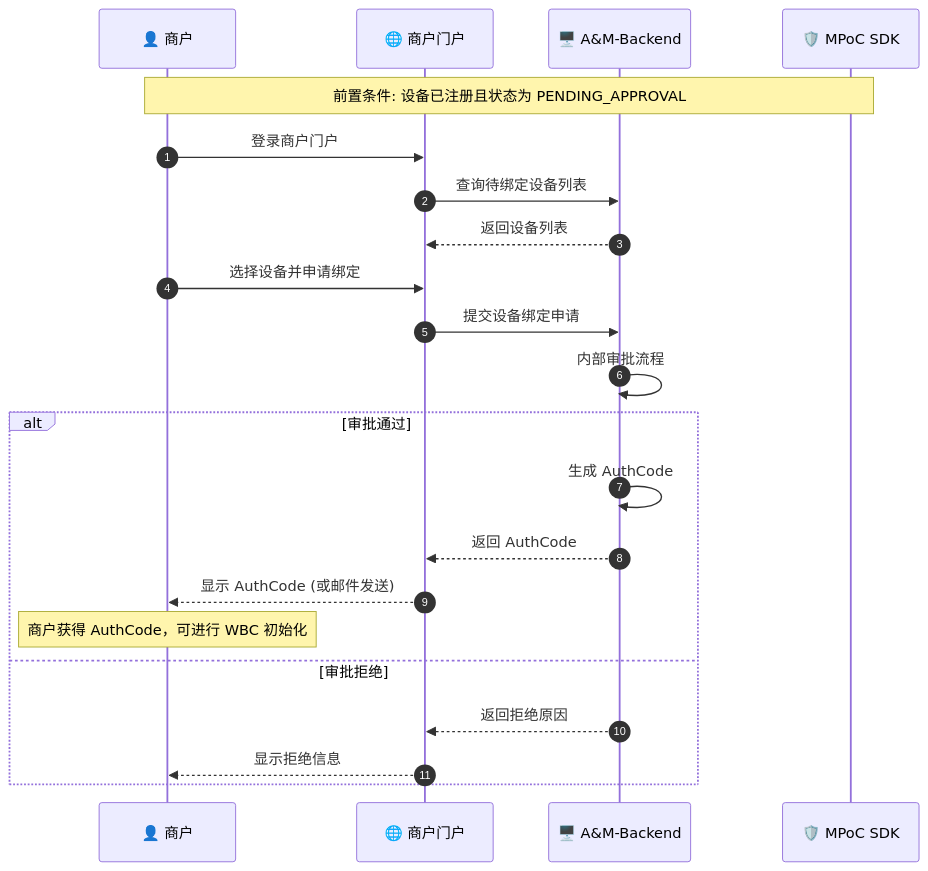
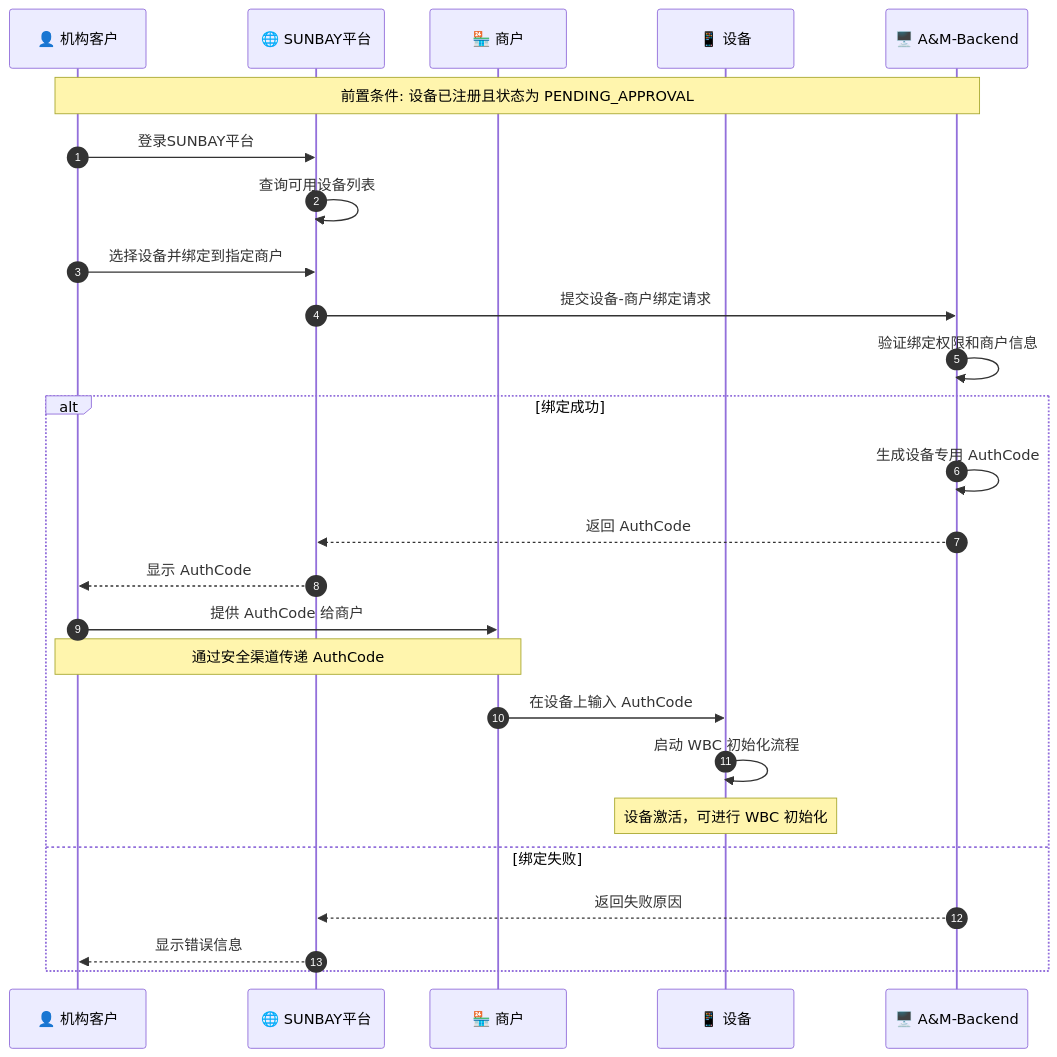
Before and after one commit to kevinwangl/sunbay-softpos-docs: the tenth of 21 diagrams in solution/MPOC_SDK_API_GUIDE.md, drawn with Mermaid. The commit also changed other lines of this file, not shown here.

````diff
--- a/solution/MPOC_SDK_API_GUIDE.md
+++ b/solution/MPOC_SDK_API_GUIDE.md
@@ -988,29 +838,35 @@
 ```mermaid
 sequenceDiagram
     autonumber
-    participant Merchant as 👤 商户
-    participant Portal as 🌐 商户门户
+    participant Customer as 👤 机构客户
+    participant Platform as 🌐 SUNBAY平台
+    participant Merchant as 🏪 商户
+    participant Device as 📱 设备
     participant AM as 🖥️ A&M-Backend
-    participant SDK as 🛡️ MPoC SDK
 
-    Note over Merchant,SDK: 前置条件: 设备已注册且状态为 PENDING_APPROVAL
+    Note over Customer,AM: 前置条件: 设备已注册且状态为 PENDING_APPROVAL
     
-    Merchant->>Portal: 登录商户门户
-    Portal->>AM: 查询待绑定设备列表
-    AM-->>Portal: 返回设备列表
+    Customer->>Platform: 登录SUNBAY平台
+    Platform->>Platform: 查询可用设备列表
     
-    Merchant->>Portal: 选择设备并申请绑定
-    Portal->>AM: 提交设备绑定申请
-    AM->>AM: 内部审批流程
+    Customer->>Platform: 选择设备并绑定到指定商户
+    Platform->>AM: 提交设备-商户绑定请求
+    AM->>AM: 验证绑定权限和商户信息
     
-    alt 审批通过
-        AM->>AM: 生成 AuthCode
-        AM-->>Portal: 返回 AuthCode
-        Portal-->>Merchant: 显示 AuthCode (或邮件发送)
+    alt 绑定成功
+        AM->>AM: 生成设备专用 AuthCode
+        AM-->>Platform: 返回 AuthCode
+        Platform-->>Customer: 显示 AuthCode
         
-        Note over Merchant: 商户获得 AuthCode，可进行 WBC 初始化
-    else 审批拒绝
-        AM-->>Portal: 返回拒绝原因
-        Portal-->>Merchant: 显示拒绝信息
+        Customer->>Merchant: 提供 AuthCode 给商户
+        Note over Customer,Merchant: 通过安全渠道传递 AuthCode
+        
+        Merchant->>Device: 在设备上输入 AuthCode
+        Device->>Device: 启动 WBC 初始化流程
+        
+        Note over Device: 设备激活，可进行 WBC 初始化
+    else 绑定失败
+        AM-->>Platform: 返回失败原因
+        Platform-->>Customer: 显示错误信息
     end
 ```
````
